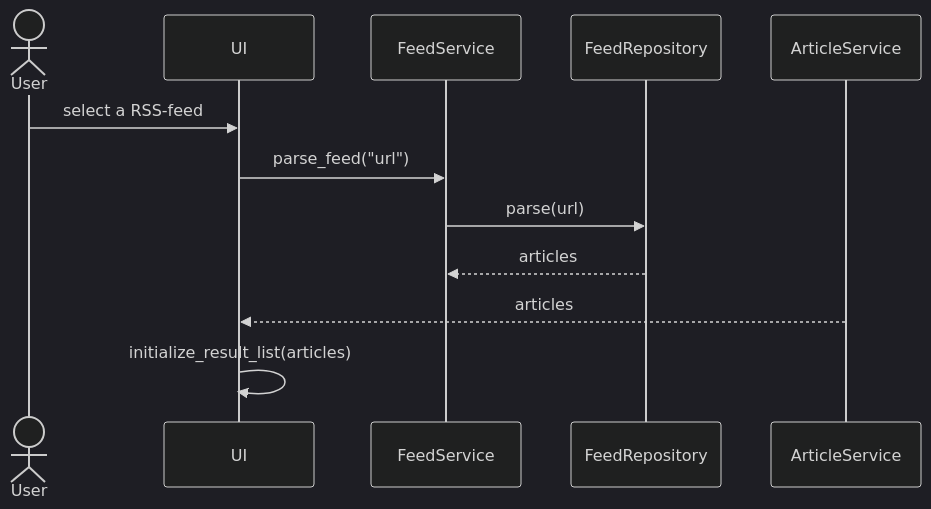
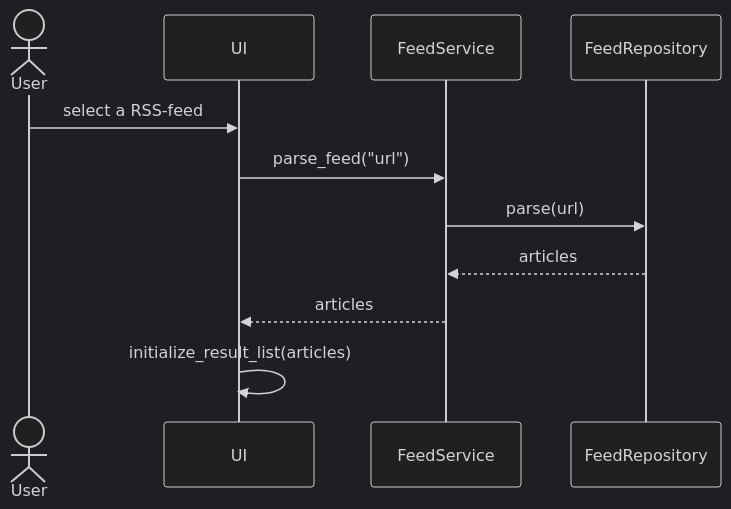
The second of 2 diagrams in dokumentaatio/arkkitehtuuri.md (jipeso/ohjelmistotekniikka), drawn with Mermaid (dark theme) before and after one commit. The commit also changed other lines of this file, not shown here.

````diff
--- a/dokumentaatio/arkkitehtuuri.md
+++ b/dokumentaatio/arkkitehtuuri.md
@@ -83,13 +83,13 @@
 ```mermaid
 sequenceDiagram
   actor User
   participant UI
   participant FeedService
   participant FeedRepository
   User->>UI: select a RSS-feed
   UI->>FeedService: parse_feed("url")
   FeedService->>FeedRepository: parse(url)
   FeedRepository-->>FeedService: articles
-  ArticleService-->>UI: articles
+  FeedService-->>UI: articles
   UI->>UI: initialize_result_list(articles)
 ```
````
